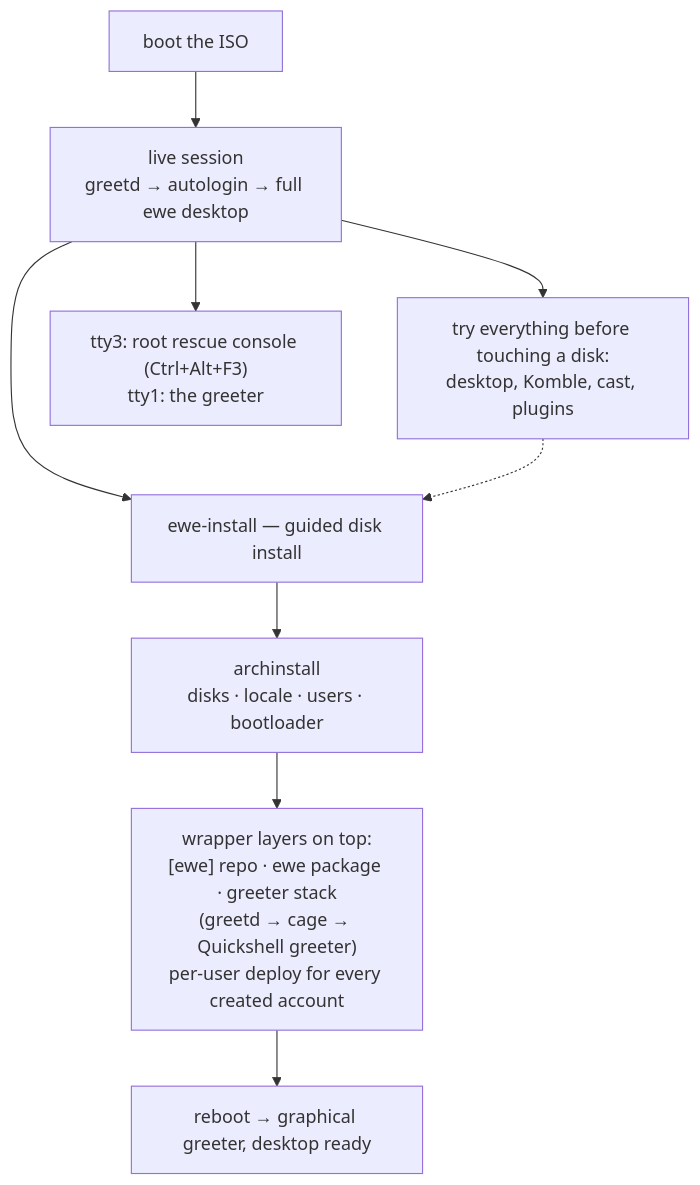
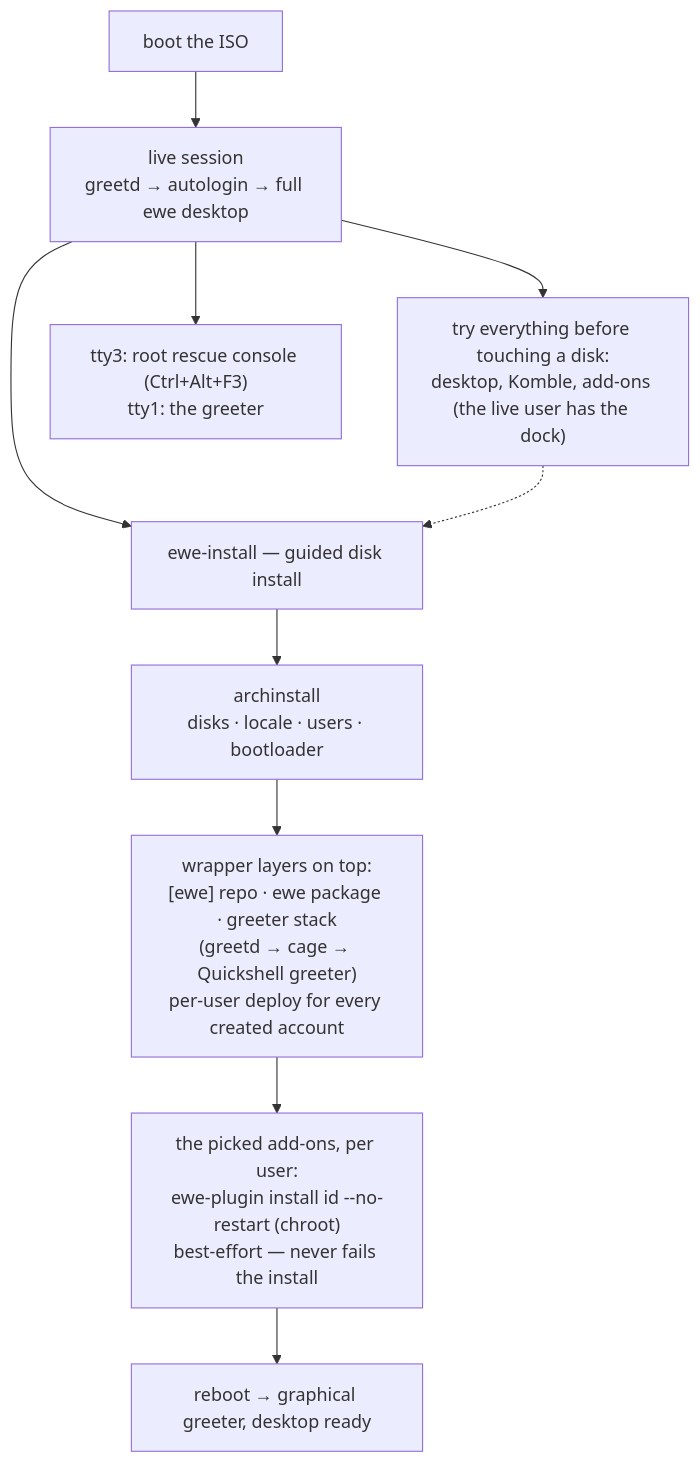
Before and after one commit to prj786/ewe-map: the diagram in 03-Components/ewe-os ISO.md, drawn with Mermaid. The commit also changed other lines of this file and 6 other files, not shown here.

Commit message:
vault: ewe-os 0.13.0-beta in progress — installer Add-ons step, live dock

````diff
--- a/03-Components/ewe-os ISO.md
+++ b/03-Components/ewe-os ISO.md
@@ -32,13 +32,14 @@
 ```mermaid
 flowchart TB
     BOOT["boot the ISO"] --> LIVE["live session<br/>greetd → autologin → full ewe desktop"]
-    LIVE --> TRY["try everything before touching a disk:<br/>desktop, Komble, cast, plugins"]
+    LIVE --> TRY["try everything before touching a disk:<br/>desktop, Komble, add-ons (the live user has the dock)"]
     LIVE --> TT3["tty3: root rescue console (Ctrl+Alt+F3)<br/>tty1: the greeter"]
     LIVE --> INSTALL["ewe-install — guided disk install"]
 
     INSTALL --> AI["archinstall<br/>disks · locale · users · bootloader"]
     AI --> LAYER["wrapper layers on top:<br/>[ewe] repo · ewe package · greeter stack<br/>(greetd → cage → Quickshell greeter)<br/>per-user deploy for every created account"]
-    LAYER --> REBOOT["reboot → graphical greeter, desktop ready"]
+    LAYER --> ADDONS["the picked add-ons, per user:<br/>ewe-plugin install id --no-restart (chroot)<br/>best-effort — never fails the install"]
+    ADDONS --> REBOOT["reboot → graphical greeter, desktop ready"]
 
     TRY -.-> INSTALL
 ```
````
